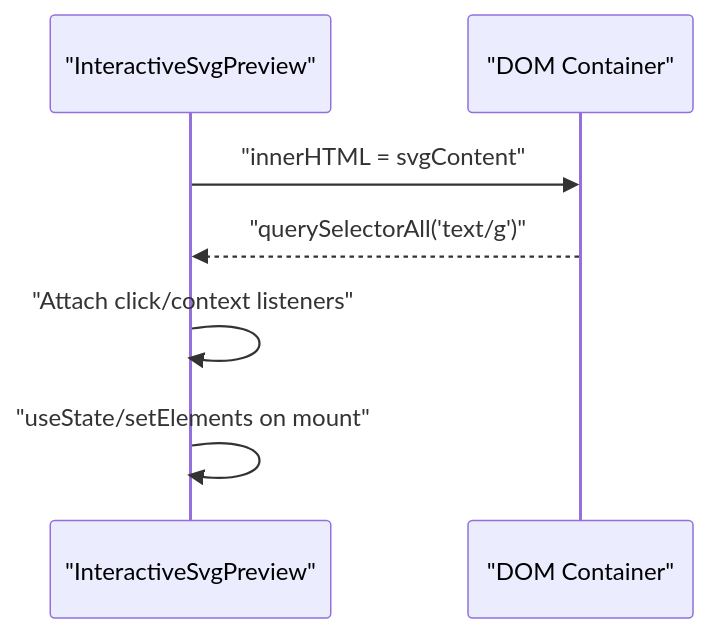
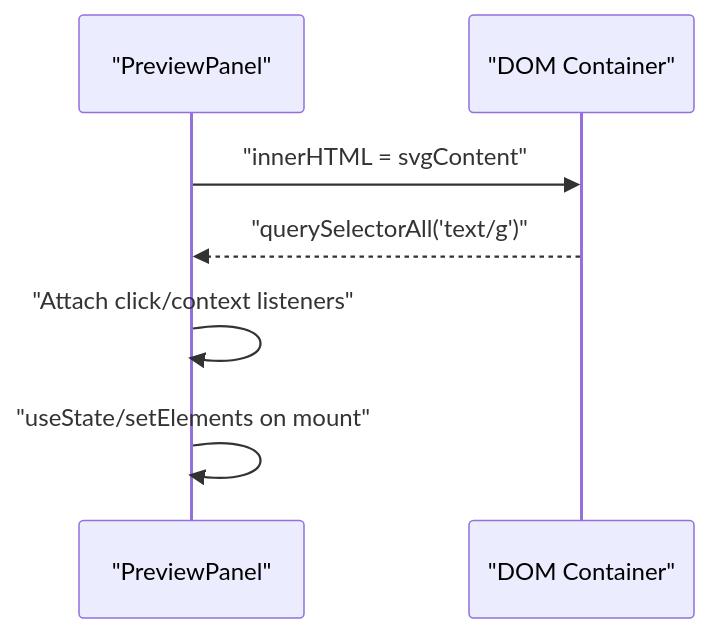
Diagram 11 of 14 in .qoder/repowiki/en/content/Advanced Features/Technical Implementations.md (ongchonghian/universal-diagram-editor), drawn with Mermaid before and after one commit. The commit also changed other lines of this file and 31 other files, not shown here.

````diff
--- a/.qoder/repowiki/en/content/Advanced Features/Technical Implementations.md
+++ b/.qoder/repowiki/en/content/Advanced Features/Technical Implementations.md
@@ -393,9 +397,9 @@
 ```mermaid
 sequenceDiagram
-participant Comp as "InteractiveSvgPreview"
+participant Comp as "PreviewPanel"
 participant DOM as "DOM Container"
 Comp->>DOM : "innerHTML = svgContent"
 DOM-->>Comp : "querySelectorAll('text/g')"
 Comp->>Comp : "Attach click/context listeners"
 Comp->>Comp : "useState/setElements on mount"
 ```
````
